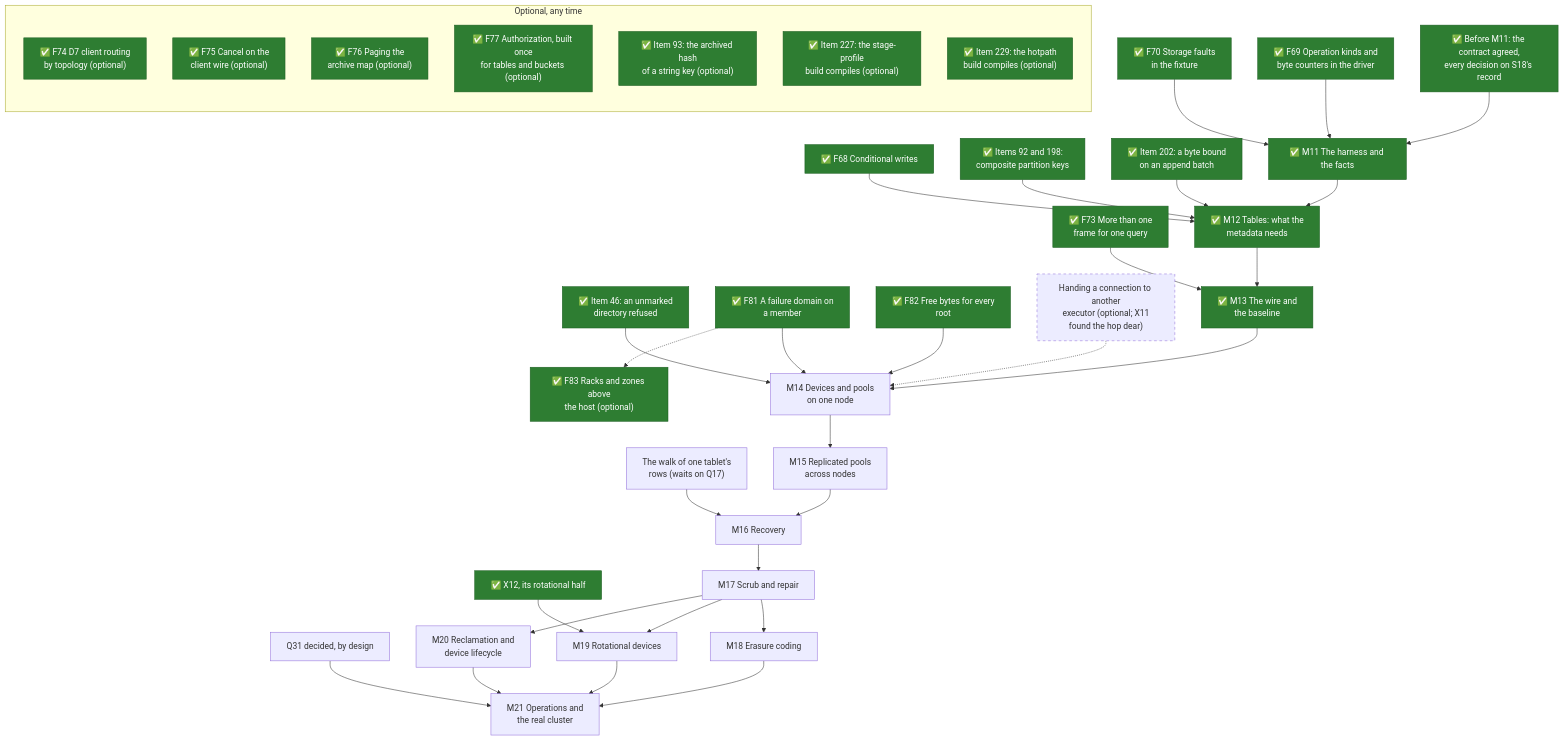
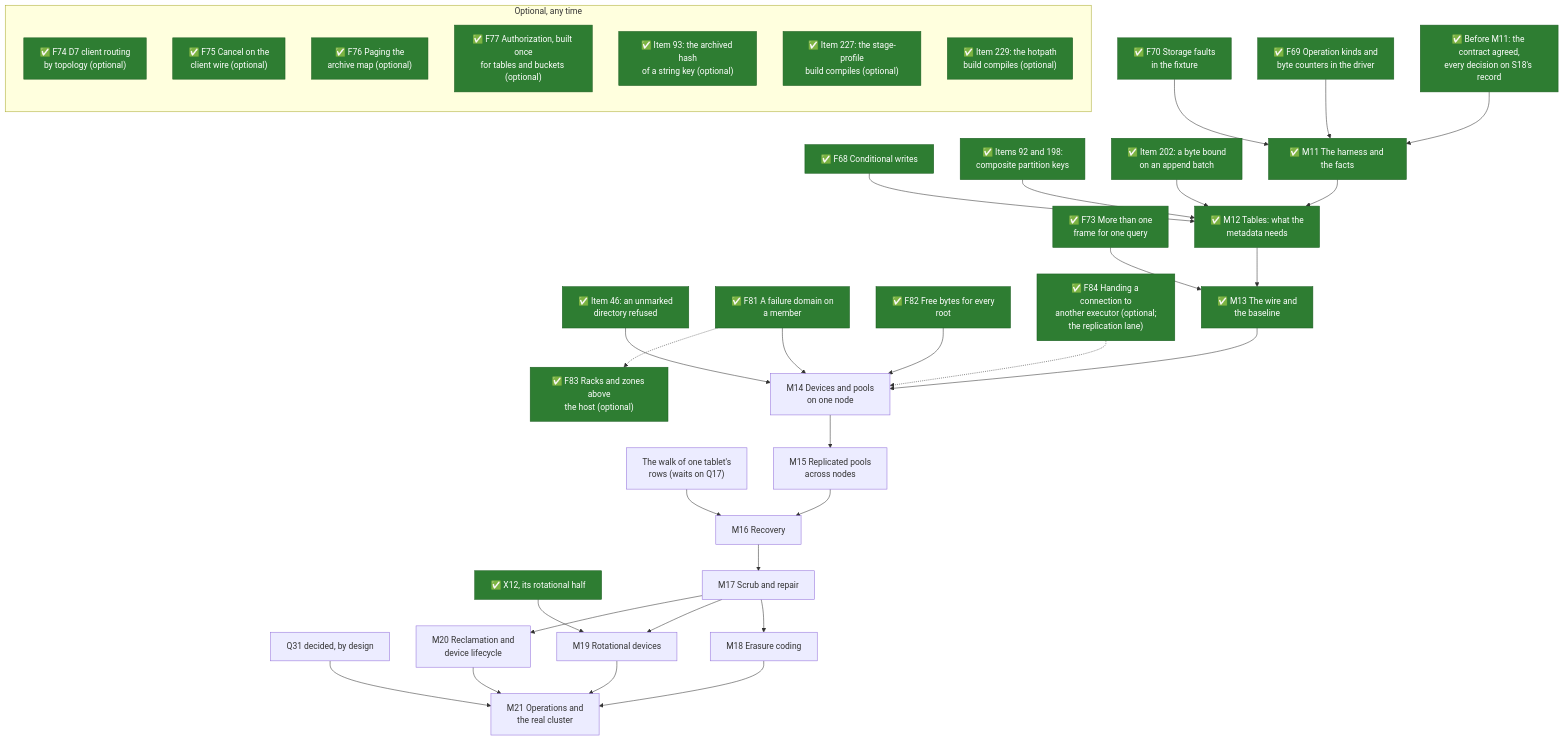
One commit to mjcarson/shoal changed the second of 2 diagrams in docs/src/object-storage/whats-left-todo.md. Above: the diagram before and after it, drawn with Mermaid. The commit also changed other lines of this file and 38 other files, not shown here.

````diff
--- a/docs/src/object-storage/whats-left-todo.md
+++ b/docs/src/object-storage/whats-left-todo.md
@@ -156,59 +159,59 @@
 ```mermaid
 flowchart TB
     classDef done fill:#2e7d32,stroke:#1b5e20,color:#ffffff
     classDef optional stroke-dasharray: 5 5
     Gate["✅ Before M11: the contract agreed,<br>every decision on S18's record"]:::done
     F69["✅ F69 Operation kinds and<br>byte counters in the driver"]:::done
     F70["✅ F70 Storage faults<br>in the fixture"]:::done
     F68["✅ F68 Conditional writes"]:::done
     I198["✅ Items 92 and 198:<br>composite partition keys"]:::done
     I202["✅ Item 202: a byte bound<br>on an append batch"]:::done
     I46["✅ Item 46: an unmarked<br>directory refused"]:::done
     Frames["✅ F73 More than one<br>frame for one query"]:::done
     Domain["✅ F81 A failure domain on<br>a member"]:::done
     Free["✅ F82 Free bytes for every<br>root"]:::done
     Walk["The walk of one tablet's<br>rows (waits on Q17)"]
-    Handoff["Handing a connection to another<br>executor (optional; X11<br>found the hop dear)"]:::optional
+    Handoff["✅ F84 Handing a connection to<br>another executor (optional;<br>the replication lane)"]:::done
     Rack["✅ F83 Racks and zones above<br>the host (optional)"]:::done
     X12r["✅ X12, its rotational half"]:::done
     Q31["Q31 decided, by design"]
     M11["✅ M11 The harness and the facts"]:::done
     M12["✅ M12 Tables: what the<br>metadata needs"]:::done
     M13["✅ M13 The wire and<br>the baseline"]:::done
     M14["M14 Devices and pools<br>on one node"]
     M15["M15 Replicated pools<br>across nodes"]
     M16["M16 Recovery"]
     M17["M17 Scrub and repair"]
     M18["M18 Erasure coding"]
     M19["M19 Rotational devices"]
     M20["M20 Reclamation and<br>device lifecycle"]
     M21["M21 Operations and<br>the real cluster"]
     Gate --> M11 --> M12 --> M13 --> M14 --> M15 --> M16 --> M17
     M17 --> M18 --> M21
     M17 --> M19 --> M21
     M17 --> M20 --> M21
     F69 --> M11
     F70 --> M11
     F68 --> M12
     I198 --> M12
     I202 --> M12
     Frames --> M13
     I46 --> M14
     Domain --> M14
     Free --> M14
     Handoff -.-> M14
     Domain -.-> Rack
     Walk --> M16
     X12r --> M19
     Q31 --> M21
     subgraph anytime["Optional, any time"]
         direction TB
         D7["✅ F74 D7 client routing<br>by topology (optional)"]:::done
         Cancel["✅ F75 Cancel on the<br>client wire (optional)"]:::done
         Paging["✅ F76 Paging the<br>archive map (optional)"]:::done
         Authz["✅ F77 Authorization, built once<br>for tables and buckets (optional)"]:::done
         I93["✅ Item 93: the archived hash<br>of a string key (optional)"]:::done
         I227["✅ Item 227: the stage-profile<br>build compiles (optional)"]:::done
         I229["✅ Item 229: the hotpath<br>build compiles (optional)"]:::done
     end
 ```
````
